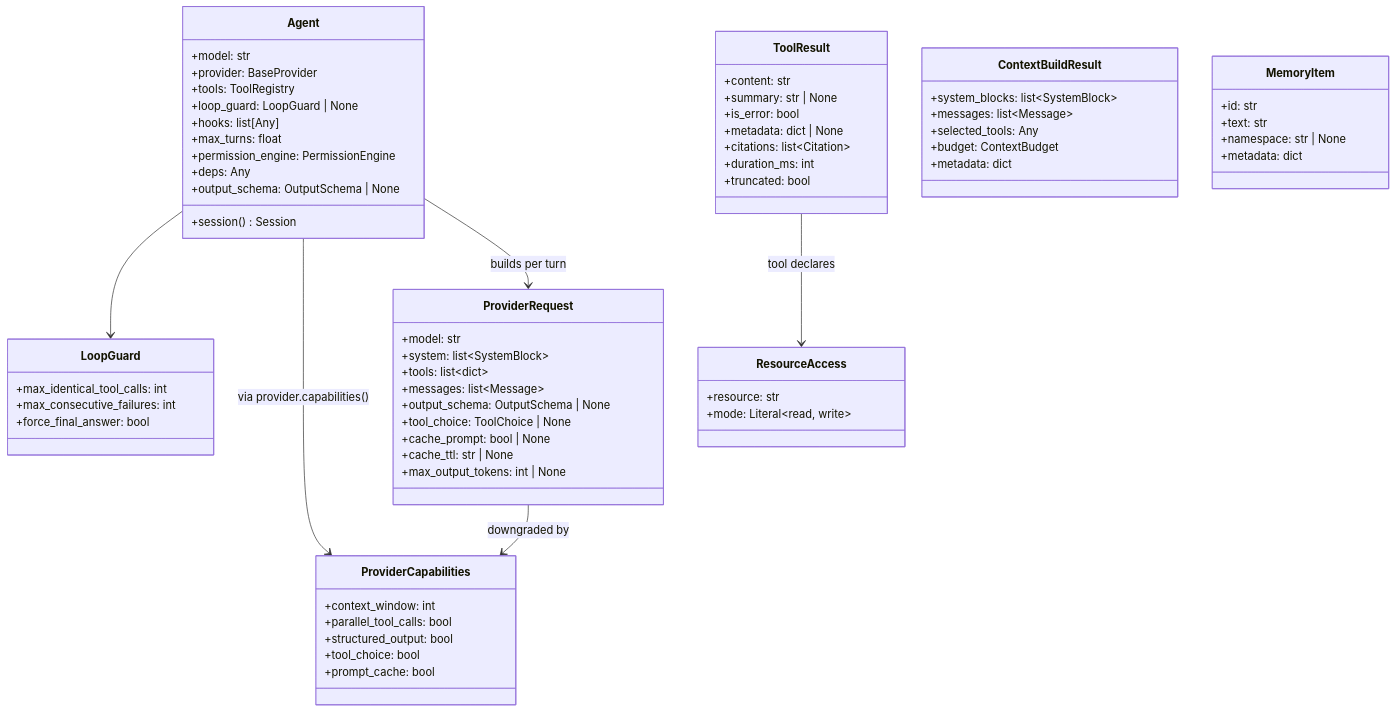
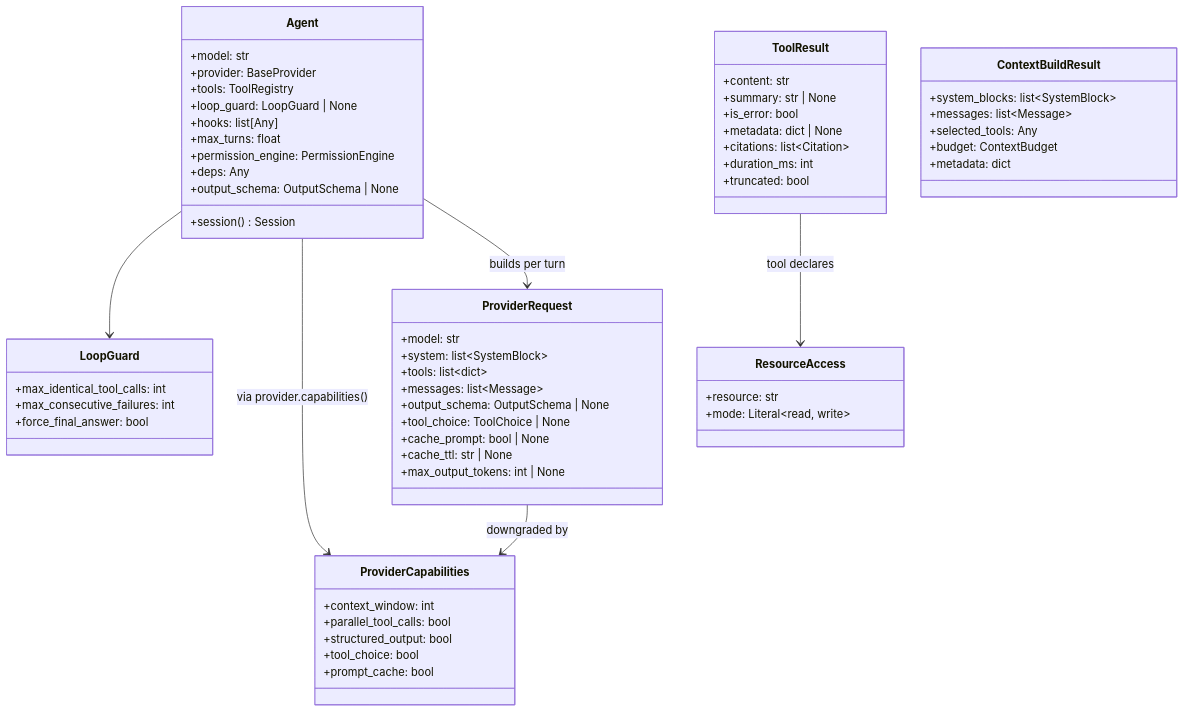
The diagram in docs/architecture/data-types.md (DuyTa506/linch), drawn with Mermaid before and after one commit. The commit also changed 17 other files, not shown here.

````diff
--- a/docs/architecture/data-types.md
+++ b/docs/architecture/data-types.md
@@ -5,77 +5,70 @@
 ```mermaid
 classDiagram
     class Agent {
         +model: str
         +provider: BaseProvider
         +tools: ToolRegistry
         +loop_guard: LoopGuard | None
         +hooks: list[Any]
         +max_turns: float
         +permission_engine: PermissionEngine
         +deps: Any
         +output_schema: OutputSchema | None
         +session() Session
     }
 
     class ProviderRequest {
         +model: str
         +system: list~SystemBlock~
         +tools: list~dict~
         +messages: list~Message~
         +output_schema: OutputSchema | None
         +tool_choice: ToolChoice | None
         +cache_prompt: bool | None
         +cache_ttl: str | None
         +max_output_tokens: int | None
     }
 
     class ProviderCapabilities {
         +context_window: int
         +parallel_tool_calls: bool
         +structured_output: bool
         +tool_choice: bool
         +prompt_cache: bool
     }
 
     class LoopGuard {
         +max_identical_tool_calls: int
         +max_consecutive_failures: int
         +force_final_answer: bool
     }
 
     class ToolResult {
         +content: str
         +summary: str | None
         +is_error: bool
         +metadata: dict | None
         +citations: list~Citation~
         +duration_ms: int
         +truncated: bool
     }
 
     class ContextBuildResult {
         +system_blocks: list~SystemBlock~
         +messages: list~Message~
         +selected_tools: Any
         +budget: ContextBudget
         +metadata: dict
     }
 
-    class MemoryItem {
-        +id: str
-        +text: str
-        +namespace: str | None
-        +metadata: dict
-    }
-
     class ResourceAccess {
         +resource: str
         +mode: Literal~read, write~
     }
 
     Agent --> LoopGuard
     Agent --> ProviderCapabilities : via provider.capabilities()
     Agent --> ProviderRequest : builds per turn
     ProviderRequest --> ProviderCapabilities : downgraded by
     ToolResult --> ResourceAccess : tool declares
 ```
````
